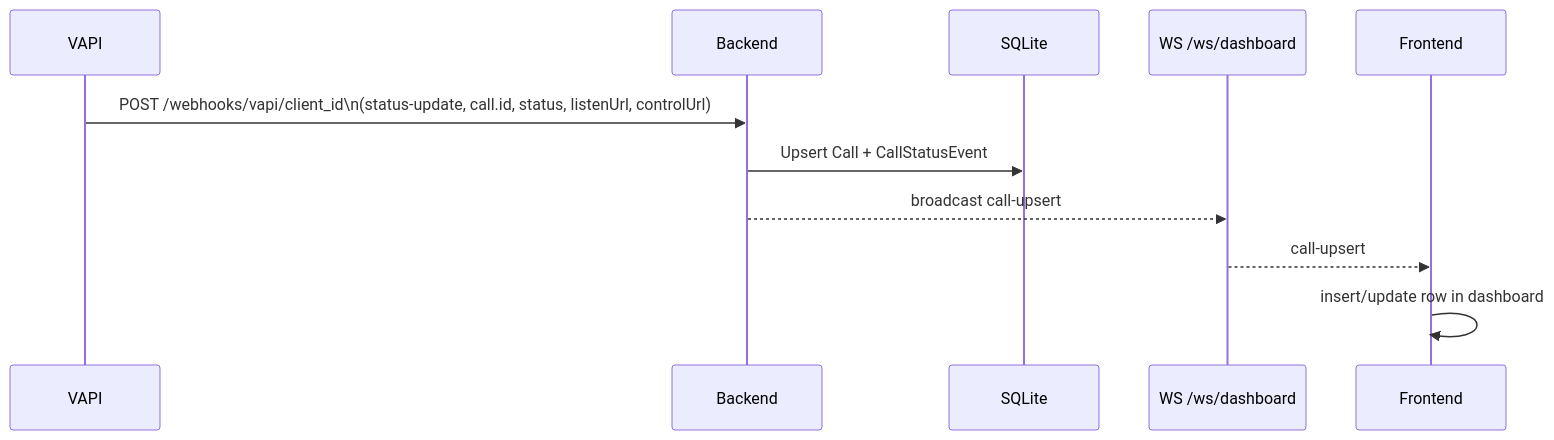
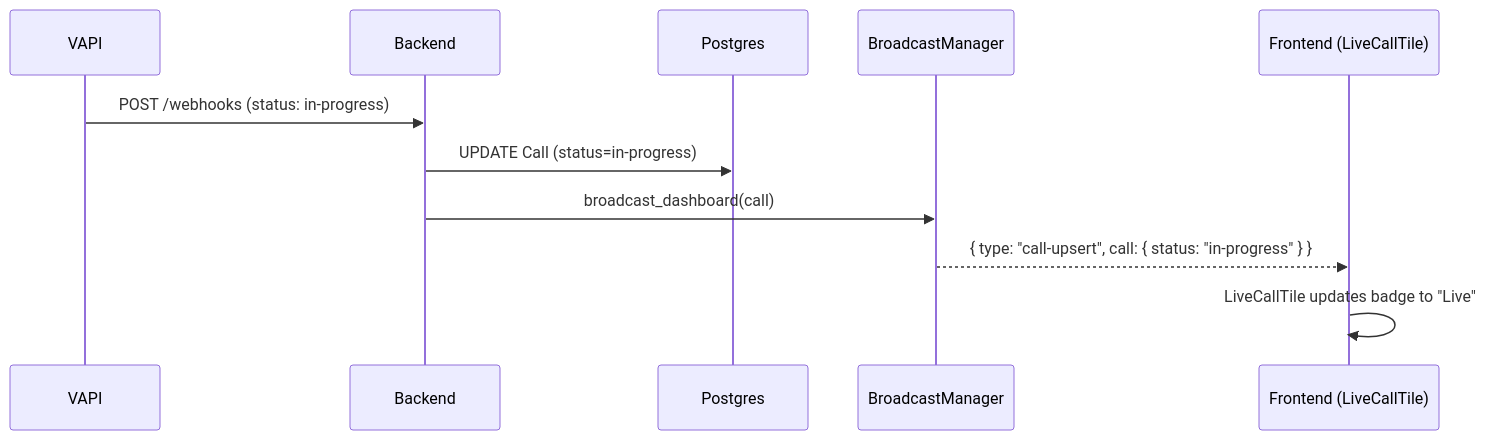
One commit to ronaks2309/fe-inbound-panel changed the fifth of 9 diagrams in architecture-diagrams.md. Above: the diagram before and after it, drawn with Mermaid. The commit also changed other lines of this file and 3 other files, not shown here.

````diff
--- a/architecture-diagrams.md
+++ b/architecture-diagrams.md
@@ -38,14 +91,14 @@
 ```mermaid
 sequenceDiagram
-  participant V as VAPI
-  participant B as Backend
-  participant DB as SQLite
-  participant W as WS /ws/dashboard
-  participant F as Frontend
+    participant V as VAPI
+    participant BE as Backend
+    participant DB as Postgres
+    participant WM as BroadcastManager
+    participant FE as Frontend (LiveCallTile)
 
-  V->>B: POST /webhooks/vapi/client_id\n(status-update, call.id, status, listenUrl, controlUrl)
-  B->>DB: Upsert Call + CallStatusEvent
-  B-->>W: broadcast call-upsert
-  W-->>F: call-upsert
-  F->>F: insert/update row in dashboard
+    V->>BE: POST /webhooks (status: in-progress)
+    BE->>DB: UPDATE Call (status=in-progress)
+    BE->>WM: broadcast_dashboard(call)
+    WM-->>FE: { type: "call-upsert", call: { status: "in-progress" } }
+    FE->>FE: LiveCallTile updates badge to "Live"
 ```
````
